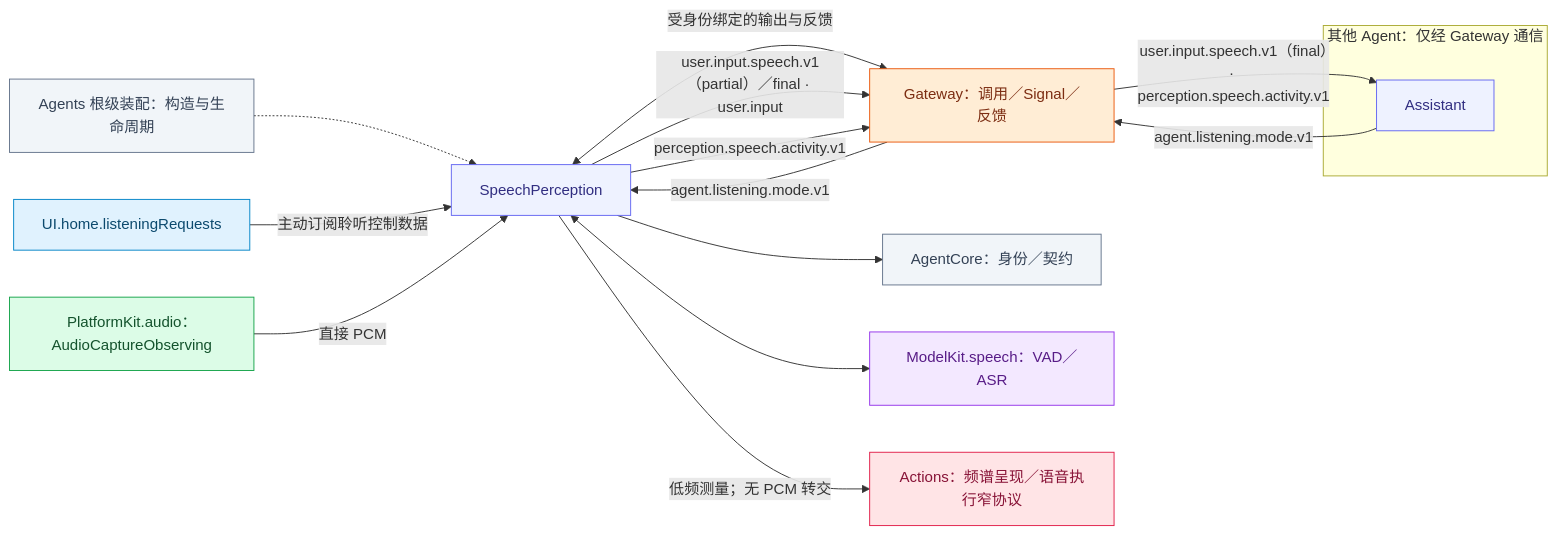
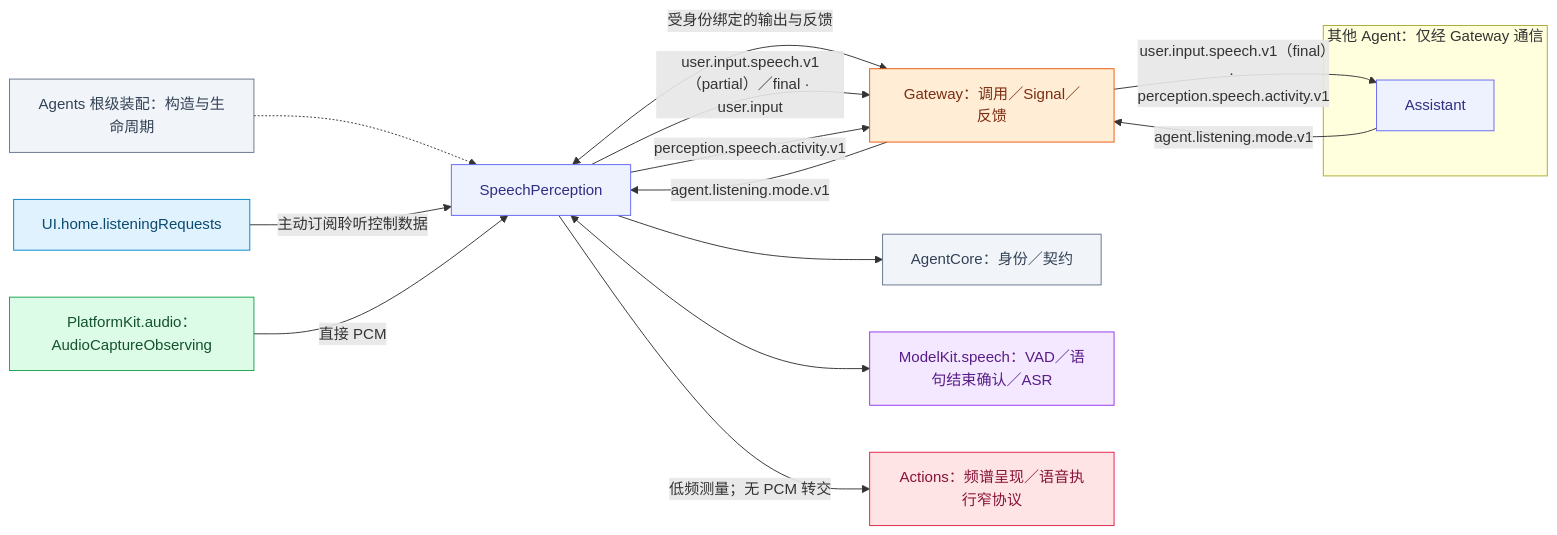
The first of 3 diagrams in MobileHarness/Agents/SpeechPerception/README.md (devilyouwei/MobileHarness), drawn with Mermaid before and after one commit. The commit also changed other lines of this file and 201 other files, not shown here.

````diff
--- a/MobileHarness/Agents/SpeechPerception/README.md
+++ b/MobileHarness/Agents/SpeechPerception/README.md
@@ -39,35 +39,35 @@
 ```mermaid
 flowchart LR
  A["SpeechPerception"]:::agent
  G["Gateway：调用／Signal／反馈"]:::gateway
  C["AgentCore：身份／契约"]:::host
  H["Agents 根级装配：构造与生命周期"]:::host
  H -.-> A
  A --> C
  A <-->|"受身份绑定的输出与反馈"| G
  U["UI.home.listeningRequests"]:::ui
  U -->|"主动订阅聆听控制数据"| A
  P["PlatformKit.audio：AudioCaptureObserving"]:::platform
  P -->|"直接 PCM"| A
- M["ModelKit.speech：VAD／ASR"]:::model
+ M["ModelKit.speech：VAD／语句结束确认／ASR"]:::model
  A <--> M
  X["Actions：频谱呈现／语音执行窄协议"]:::action
  A -->|"低频测量；无 PCM 转交"| X
  subgraph Peers["其他 Agent：仅经 Gateway 通信"]
  AS["Assistant"]:::agent
  end
  A -->|"user.input.speech.v1（partial）／final · user.input"| G
  A -->|"perception.speech.activity.v1"| G
  G -->|"user.input.speech.v1（final）· perception.speech.activity.v1"| AS
  AS -->|"agent.listening.mode.v1"| G
  G -->|"agent.listening.mode.v1"| A
 
  classDef ui fill:#e0f2fe,stroke:#0284c7,color:#0c4a6e
  classDef platform fill:#dcfce7,stroke:#16a34a,color:#14532d
  classDef model fill:#f3e8ff,stroke:#9333ea,color:#581c87
  classDef storage fill:#fef3c7,stroke:#d97706,color:#78350f
  classDef agent fill:#eef2ff,stroke:#6366f1,color:#312e81
  classDef gateway fill:#ffedd5,stroke:#ea580c,color:#7c2d12
  classDef action fill:#ffe4e6,stroke:#e11d48,color:#881337
  classDef host fill:#f1f5f9,stroke:#64748b,color:#334155
 ```
````
